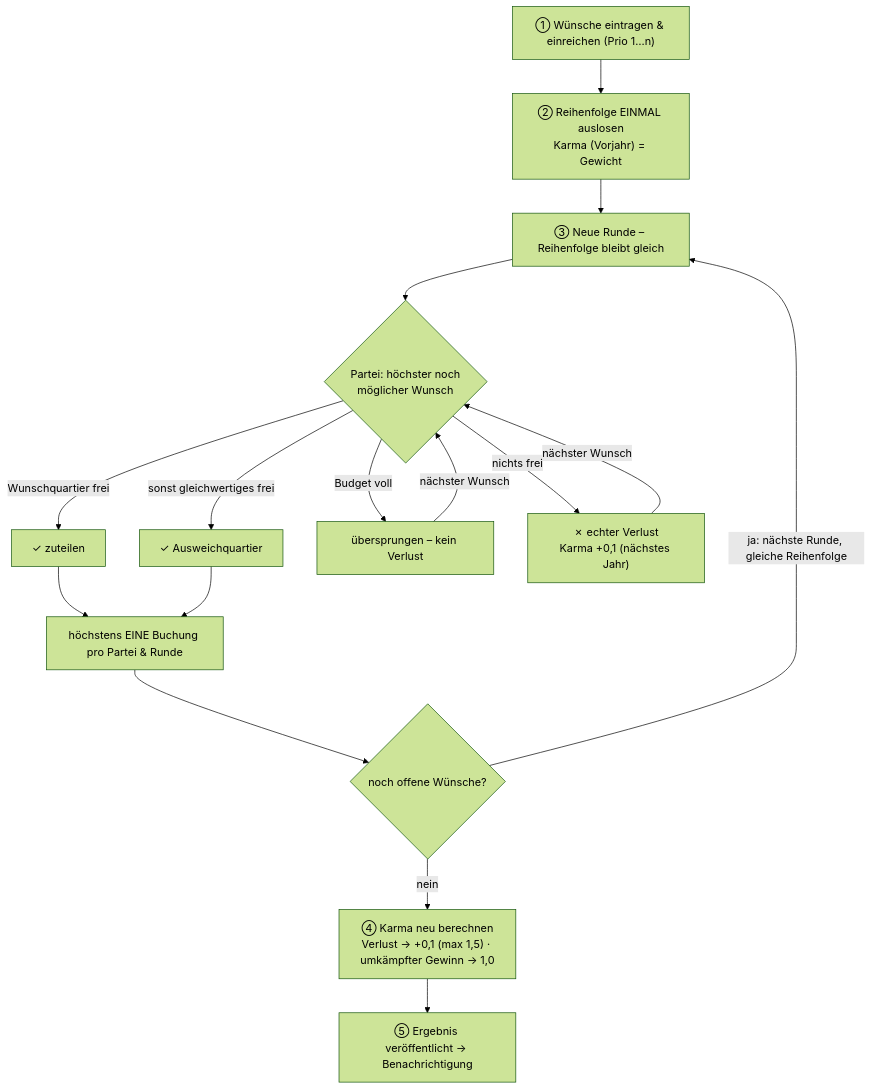
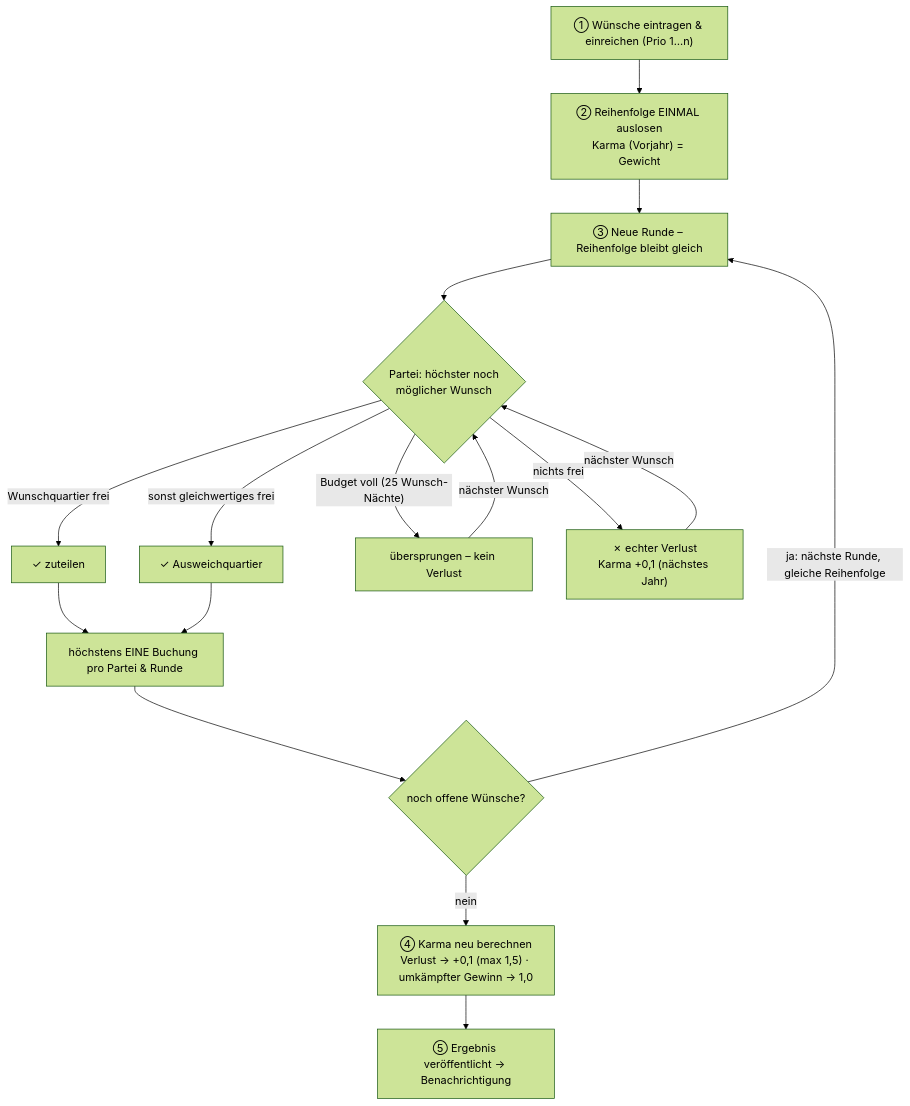
Before and after one commit to wedelmoritz/rehof-buchung: the diagram in README.md, drawn with Mermaid (forest theme). The commit also changed other lines of this file and 4 other files, not shown here.

````diff
--- a/README.md
+++ b/README.md
@@ -162,18 +276,18 @@
 ```mermaid
 flowchart TD
     A["① Wünsche eintragen & einreichen (Prio 1…n)"] --> B["② Reihenfolge EINMAL auslosen<br/>Karma (Vorjahr) = Gewicht"]
     B --> C["③ Neue Runde – Reihenfolge bleibt gleich"]
     C --> D{"Partei: höchster noch<br/>möglicher Wunsch"}
     D -->|"Wunschquartier frei"| E["✓ zuteilen"]
     D -->|"sonst gleichwertiges frei"| F["✓ Ausweichquartier"]
-    D -->|"Budget voll"| H["übersprungen – kein Verlust"]
+    D -->|"Budget voll (25 Wunsch-Nächte)"| H["übersprungen – kein Verlust"]
     D -->|"nichts frei"| G["✗ echter Verlust<br/>Karma +0,1 (nächstes Jahr)"]
     H -->|"nächster Wunsch"| D
     G -->|"nächster Wunsch"| D
     E --> I["höchstens EINE Buchung pro Partei & Runde"]
     F --> I
     I --> J{"noch offene Wünsche?"}
     J -->|"ja: nächste Runde, gleiche Reihenfolge"| C
     J -->|"nein"| K["④ Karma neu berechnen<br/>Verlust → +0,1 (max 1,5) · umkämpfter Gewinn → 1,0"]
     K --> L["⑤ Ergebnis veröffentlicht → Benachrichtigung"]
 ```
````
